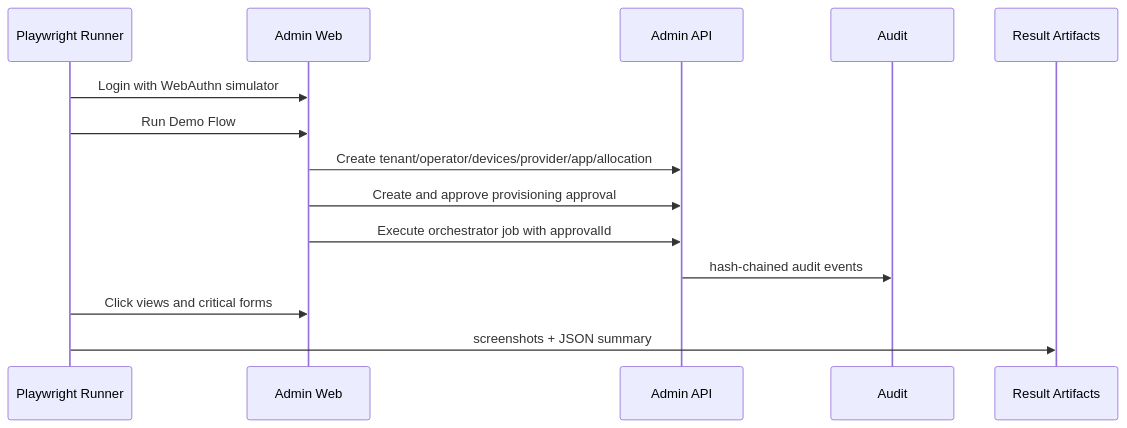
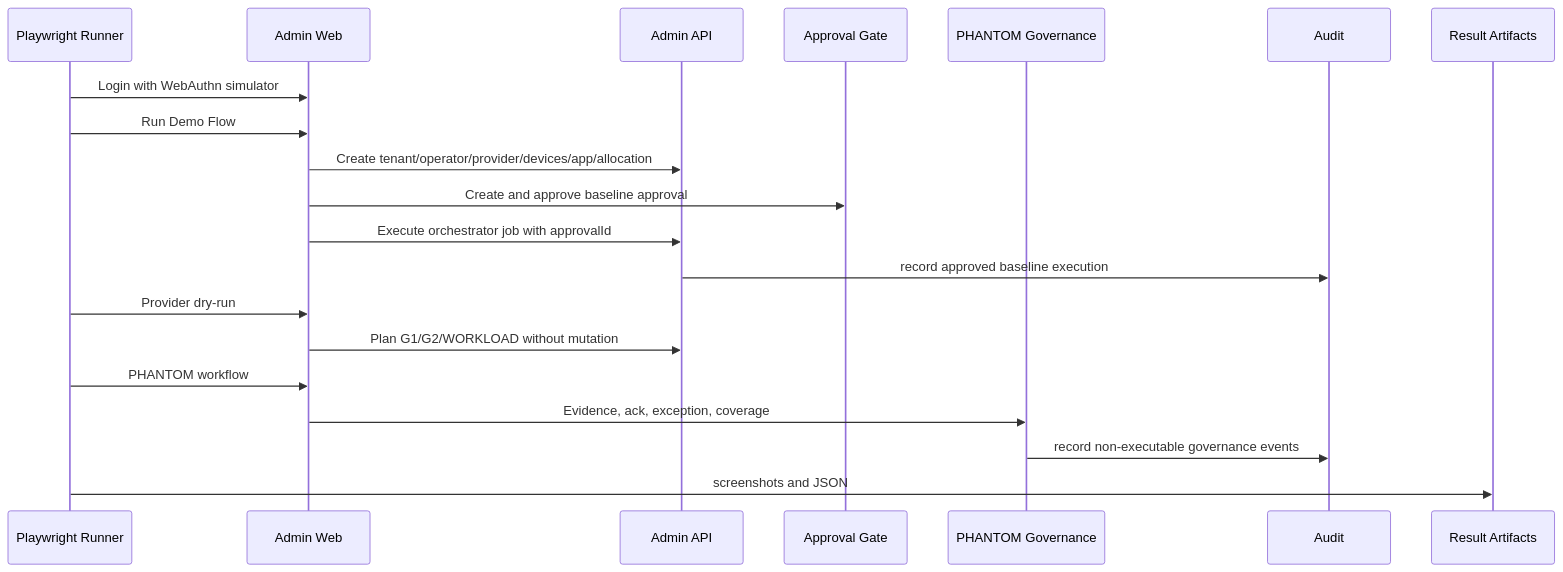
Before and after one commit to officemexel-hash/sylion_secure: the fourth of 8 diagrams in docs/admin-panel-v2/47-step3-10-graphs-roadmap.md, drawn with Mermaid. The commit also changed other lines of this file and 9 other files, not shown here.

Commit message:
Freeze Step 3.9 and plan Step 3.10 Phantom sprint

````diff
--- a/docs/admin-panel-v2/47-step3-10-graphs-roadmap.md
+++ b/docs/admin-panel-v2/47-step3-10-graphs-roadmap.md
@@ -32,17 +126,23 @@
 ```mermaid
 sequenceDiagram
     participant Test as Playwright Runner
     participant UI as Admin Web
     participant API as Admin API
+    participant Approval as Approval Gate
+    participant Phantom as PHANTOM Governance
     participant Audit as Audit
     participant Report as Result Artifacts
 
     Test->>UI: Login with WebAuthn simulator
     Test->>UI: Run Demo Flow
-    UI->>API: Create tenant/operator/devices/provider/app/allocation
-    UI->>API: Create and approve provisioning approval
+    UI->>API: Create tenant/operator/provider/devices/app/allocation
+    UI->>Approval: Create and approve baseline approval
     UI->>API: Execute orchestrator job with approvalId
-    API->>Audit: hash-chained audit events
-    Test->>UI: Click views and critical forms
-    Test->>Report: screenshots + JSON summary
+    API->>Audit: record approved baseline execution
+    Test->>UI: Provider dry-run
+    UI->>API: Plan G1/G2/WORKLOAD without mutation
+    Test->>UI: PHANTOM workflow
+    UI->>Phantom: Evidence, ack, exception, coverage
+    Phantom->>Audit: record non-executable governance events
+    Test->>Report: screenshots and JSON
 ```
````
